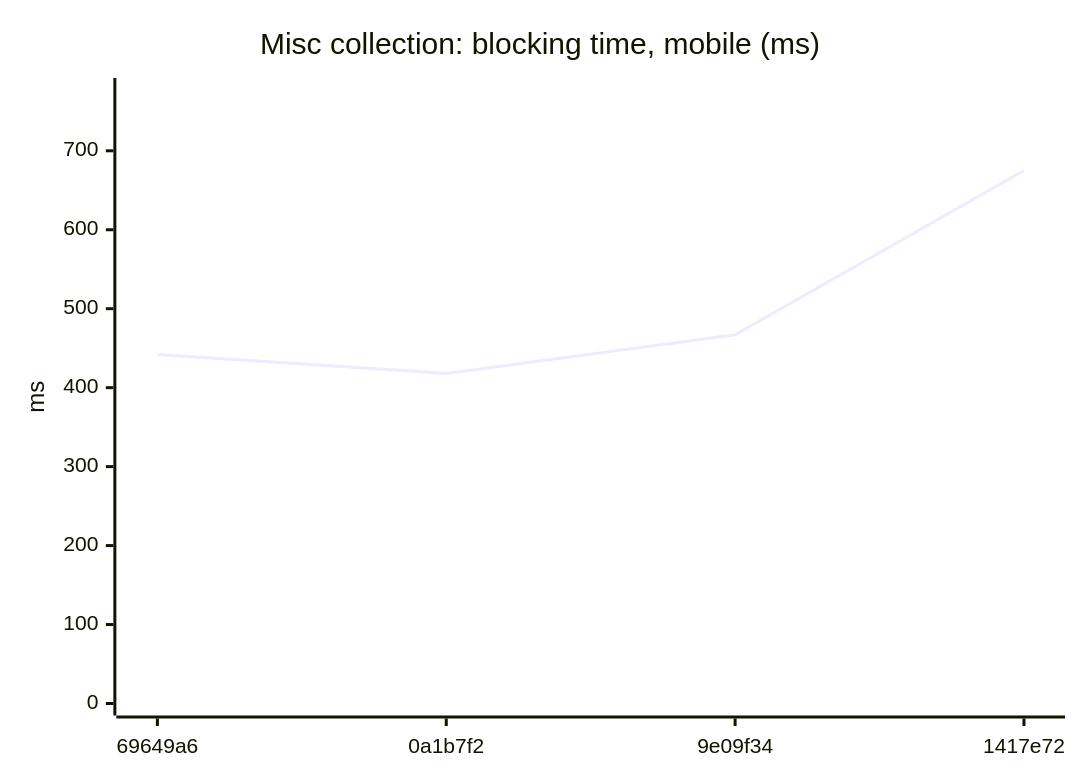
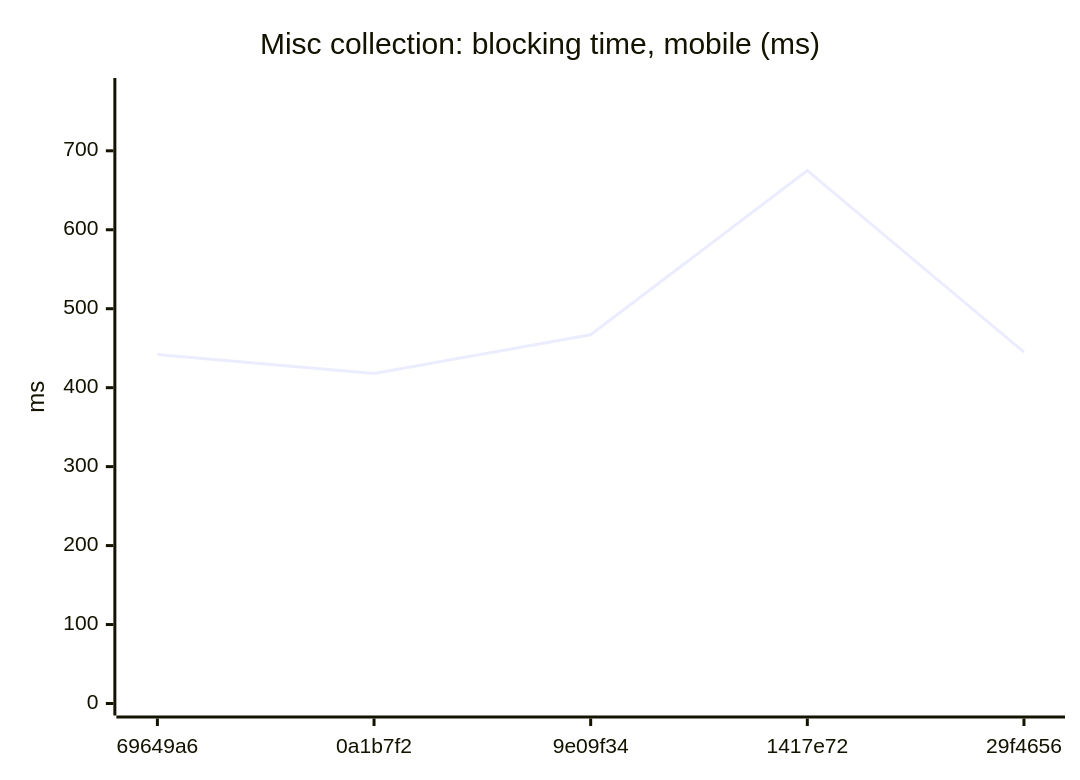
The tenth of 18 diagrams in README.md (AxelUser/maltsev.space), drawn with Mermaid before and after one commit. The commit also changed other lines of this file and 1 other file, not shown here.

````diff
--- a/README.md
+++ b/README.md
@@ -115,7 +115,7 @@
 ```mermaid
 xychart-beta
   title "Misc collection: blocking time, mobile (ms)"
-  x-axis ["69649a6", "0a1b7f2", "9e09f34", "1417e72"]
+  x-axis ["69649a6", "0a1b7f2", "9e09f34", "1417e72", "29f4656"]
   y-axis "ms" 0 --> 777
-  line [442, 418, 467, 675]
+  line [442, 418, 467, 675, 445]
 ```
````
